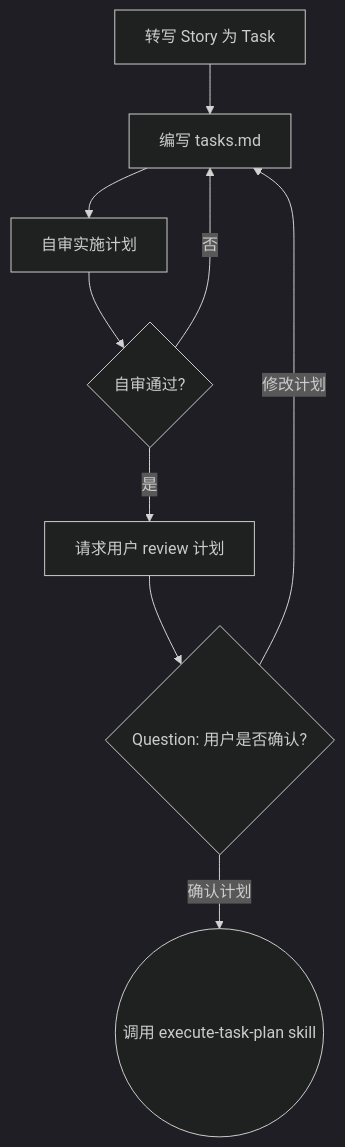
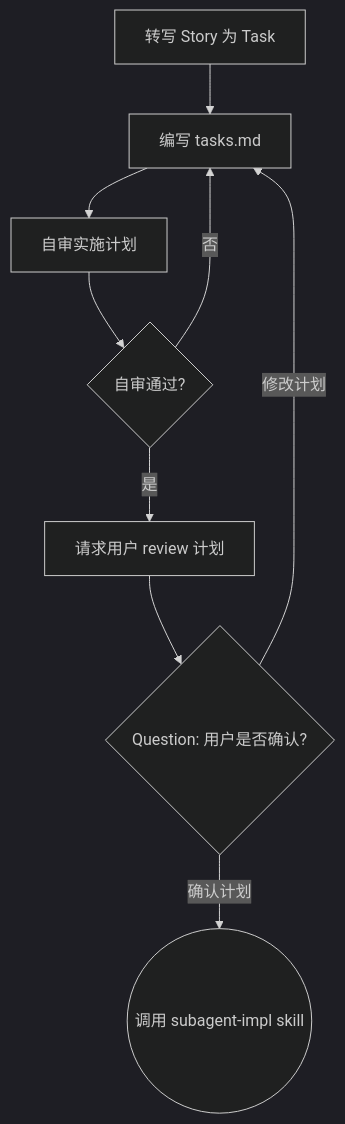
One commit to BaiduComate/mission-flow changed the diagram in skills/plan/SKILL.md. Above: the diagram before and after it, drawn with Mermaid (dark theme). The commit also changed other lines of this file and 5 other files, not shown here.

Commit message:
ref: subagent-impl

````diff
--- a/skills/plan/SKILL.md
+++ b/skills/plan/SKILL.md
@@ -126,11 +126,11 @@
 ```mermaid
 flowchart TD
     A[转写 Story 为 Task] --> C[编写 tasks.md]
     C --> D[自审实施计划]
     D --> E{自审通过?}
     E -->|否| C
     E -->|是| F[请求用户 review 计划]
     F --> G{Question: 用户是否确认?}
     G -->|修改计划| C
-    G -->|确认计划| H((调用 execute-task-plan skill))
+    G -->|确认计划| H((调用 subagent-impl skill))
 ```
````
